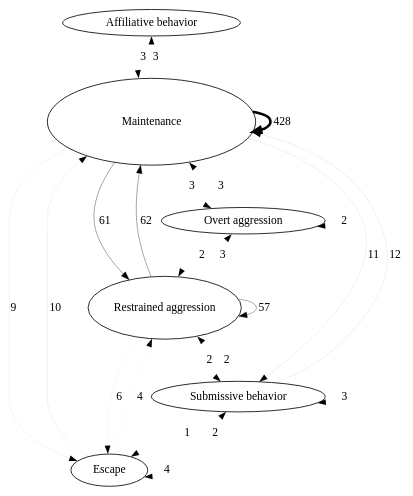
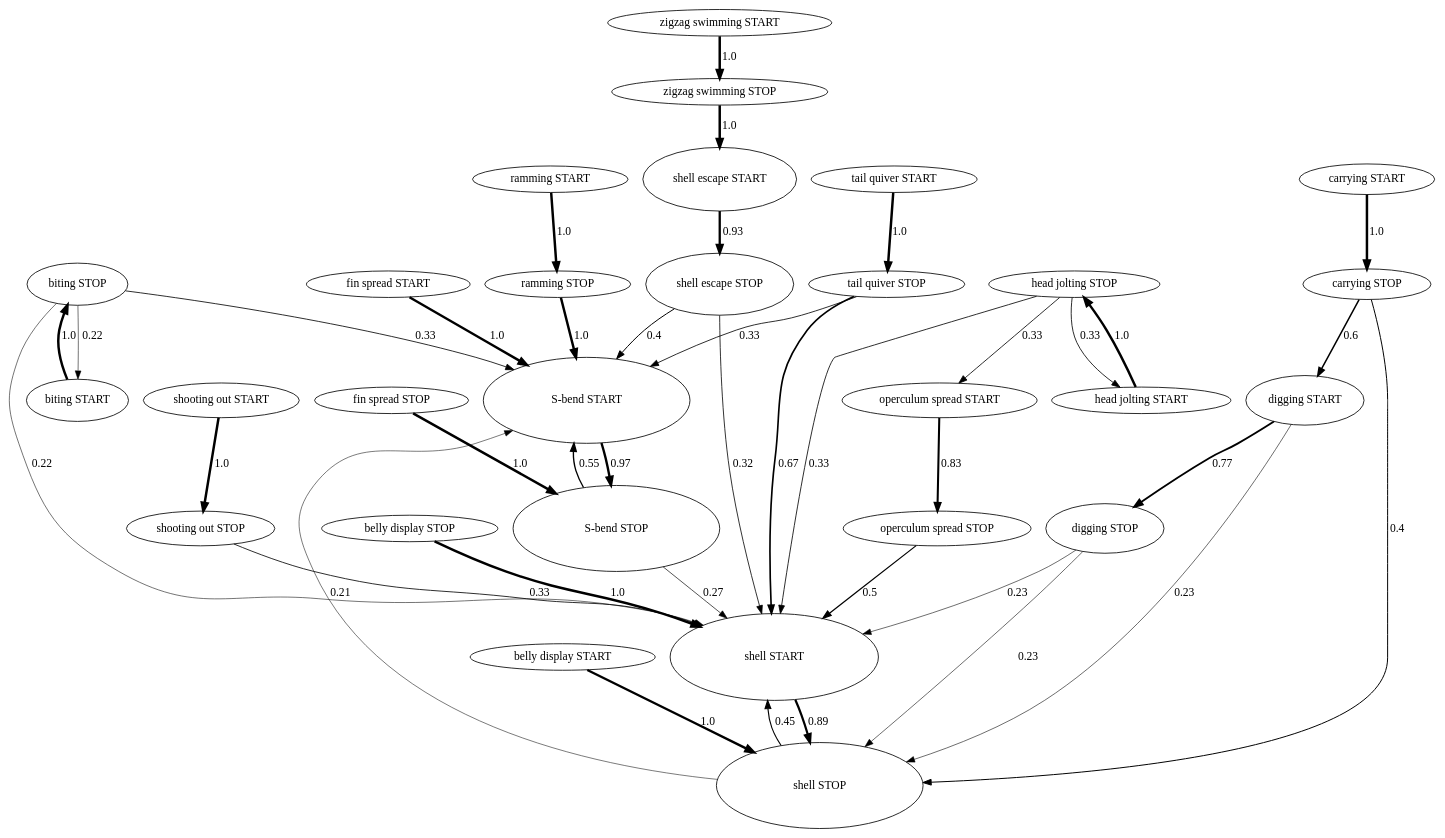
Before and after one commit to nicolkraus/AnalyzeBehavior: the diagram in images/transitions.gv, drawn with Graphviz. The commit also changed 6 other files, not shown here.

```diff
--- a/images/transitions.gv
+++ b/images/transitions.gv
@@ -1,31 +1,69 @@
-digraph  {
-"Affiliative behavior" [height="0.0", width="0.0"];
-Maintenance [height="1.4583333333333335", width="3.5"];
-Escape [height="0.5370682159685716", width="1.2889637183245717"];
-"Restrained aggression" [height="1.0581215578160343", width="2.5394917387584823"];
-"Submissive behavior" [height="0.5072410122973807", width="1.2173784295137138"];
-"Overt aggression" [height="0.27766942590954874", width="0.6664066221829169"];
-"Affiliative behavior" -> Maintenance  [label=3, penwidth="0.02102803738317757"];
-Maintenance -> "Affiliative behavior"  [label=3, penwidth="0.02102803738317757"];
-Maintenance -> Escape  [label=9, penwidth="0.0630841121495327"];
-Maintenance -> Maintenance  [label=428, penwidth="3.0"];
-Maintenance -> "Overt aggression"  [label=3, penwidth="0.02102803738317757"];
-Maintenance -> "Restrained aggression"  [label=61, penwidth="0.4275700934579439"];
-Maintenance -> "Submissive behavior"  [label=11, penwidth="0.07710280373831775"];
-Escape -> Escape  [label=4, penwidth="0.02803738317757009"];
-Escape -> Maintenance  [label=10, penwidth="0.07009345794392523"];
-Escape -> "Restrained aggression"  [label=4, penwidth="0.02803738317757009"];
-Escape -> "Submissive behavior"  [label=2, penwidth="0.014018691588785045"];
-"Restrained aggression" -> Escape  [label=6, penwidth="0.04205607476635514"];
-"Restrained aggression" -> Maintenance  [label=62, penwidth="0.43457943925233644"];
-"Restrained aggression" -> "Overt aggression"  [label=3, penwidth="0.02102803738317757"];
-"Restrained aggression" -> "Restrained aggression"  [label=57, penwidth="0.3995327102803738"];
-"Restrained aggression" -> "Submissive behavior"  [label=2, penwidth="0.014018691588785045"];
-"Submissive behavior" -> Escape  [label=1, penwidth="0.007009345794392522"];
-"Submissive behavior" -> Maintenance  [label=12, penwidth="0.08411214953271028"];
-"Submissive behavior" -> "Restrained aggression"  [label=2, penwidth="0.014018691588785045"];
-"Submissive behavior" -> "Submissive behavior"  [label=3, penwidth="0.02102803738317757"];
-"Overt aggression" -> Maintenance  [label=3, penwidth="0.02102803738317757"];
-"Overt aggression" -> "Overt aggression"  [label=2, penwidth="0.014018691588785045"];
-"Overt aggression" -> "Restrained aggression"  [label=2, penwidth="0.014018691588785045"];
+strict digraph  {
+"S-bend START" [height="1.4476413321085955", width="3.474339197060629"];
+"S-bend STOP" [height="1.4439970843075616", width="3.4655930023381476"];
+"shell START" [height="1.4583333333333335", width="3.5"];
+"belly display START" [height="0.0", width="0.0"];
+"shell STOP" [height="1.4476413321085955", width="3.474339197060629"];
+"belly display STOP" [height="0.0", width="0.0"];
+"biting START" [height="0.7086323890091737", width="1.7007177336220167"];
+"biting STOP" [height="0.7086323890091737", width="1.7007177336220167"];
+"carrying START" [height="0.5190638429107624", width="1.2457532229858297"];
+"carrying STOP" [height="0.5190638429107624", width="1.2457532229858297"];
+"digging START" [height="0.8272282267427885", width="1.9853477441826923"];
+"digging STOP" [height="0.8272282267427885", width="1.9853477441826923"];
+"fin spread START" [height="0.0", width="0.0"];
+"fin spread STOP" [height="0.0", width="0.0"];
+"head jolting START" [height="0.35431619450458685", width="0.8503588668110084"];
+"head jolting STOP" [height="0.35431619450458685", width="0.8503588668110084"];
+"operculum spread START" [height="0.5778648237897424", width="1.3868755770953816"];
+"operculum spread STOP" [height="0.5778648237897424", width="1.3868755770953816"];
+"ramming START" [height="0.0", width="0.0"];
+"ramming STOP" [height="0.0", width="0.0"];
+"shell escape START" [height="1.074677603313223", width="2.5792262479517354"];
+"shell escape STOP" [height="1.0381276858215247", width="2.4915064459716594"];
+"shooting out START" [height="0.5778648237897424", width="1.3868755770953816"];
+"shooting out STOP" [height="0.5778648237897424", width="1.3868755770953816"];
+"tail quiver START" [height="0.35431619450458685", width="0.8503588668110084"];
+"tail quiver STOP" [height="0.35431619450458685", width="0.8503588668110084"];
+"zigzag swimming START" [height="0.0", width="0.0"];
+"zigzag swimming STOP" [height="0.0", width="0.0"];
+"S-bend START" -> "S-bend STOP"  [label="0.97", penwidth="2.91"];
+"S-bend STOP" -> "S-bend START"  [label="0.55", penwidth="1.6500000000000001"];
+"S-bend STOP" -> "shell START"  [label="0.27", penwidth="0.81"];
+"shell START" -> "shell STOP"  [label="0.89", penwidth="2.67"];
+"belly display START" -> "shell STOP"  [label="1.0", penwidth="3.0"];
+"shell STOP" -> "S-bend START"  [label="0.21", penwidth="0.63"];
+"shell STOP" -> "shell START"  [label="0.45", penwidth="1.35"];
+"belly display STOP" -> "shell START"  [label="1.0", penwidth="3.0"];
+"biting START" -> "biting STOP"  [label="1.0", penwidth="3.0"];
+"biting STOP" -> "S-bend START"  [label="0.33", penwidth="0.99"];
+"biting STOP" -> "biting START"  [label="0.22", penwidth="0.66"];
+"biting STOP" -> "shell START"  [label="0.22", penwidth="0.66"];
+"carrying START" -> "carrying STOP"  [label="1.0", penwidth="3.0"];
+"carrying STOP" -> "digging START"  [label="0.6", penwidth="1.7999999999999998"];
+"carrying STOP" -> "shell STOP"  [label="0.4", penwidth="1.2000000000000002"];
+"digging START" -> "digging STOP"  [label="0.77", penwidth="2.31"];
+"digging START" -> "shell STOP"  [label="0.23", penwidth="0.6900000000000001"];
+"digging STOP" -> "shell START"  [label="0.23", penwidth="0.6900000000000001"];
+"digging STOP" -> "shell STOP"  [label="0.23", penwidth="0.6900000000000001"];
+"fin spread START" -> "S-bend START"  [label="1.0", penwidth="3.0"];
+"fin spread STOP" -> "S-bend STOP"  [label="1.0", penwidth="3.0"];
+"head jolting START" -> "head jolting STOP"  [label="1.0", penwidth="3.0"];
+"head jolting STOP" -> "head jolting START"  [label="0.33", penwidth="0.99"];
+"head jolting STOP" -> "operculum spread START"  [label="0.33", penwidth="0.99"];
+"head jolting STOP" -> "shell START"  [label="0.33", penwidth="0.99"];
+"operculum spread START" -> "operculum spread STOP"  [label="0.83", penwidth="2.4899999999999998"];
+"operculum spread STOP" -> "shell START"  [label="0.5", penwidth="1.5"];
+"ramming START" -> "ramming STOP"  [label="1.0", penwidth="3.0"];
+"ramming STOP" -> "S-bend START"  [label="1.0", penwidth="3.0"];
+"shell escape START" -> "shell escape STOP"  [label="0.93", penwidth="2.79"];
+"shell escape STOP" -> "S-bend START"  [label="0.4", penwidth="1.2000000000000002"];
+"shell escape STOP" -> "shell START"  [label="0.32", penwidth="0.96"];
+"shooting out START" -> "shooting out STOP"  [label="1.0", penwidth="3.0"];
+"shooting out STOP" -> "shell START"  [label="0.33", penwidth="0.99"];
+"tail quiver START" -> "tail quiver STOP"  [label="1.0", penwidth="3.0"];
+"tail quiver STOP" -> "S-bend START"  [label="0.33", penwidth="0.99"];
+"tail quiver STOP" -> "shell START"  [label="0.67", penwidth="2.0100000000000002"];
+"zigzag swimming START" -> "zigzag swimming STOP"  [label="1.0", penwidth="3.0"];
+"zigzag swimming STOP" -> "shell escape START"  [label="1.0", penwidth="3.0"];
 }
```
